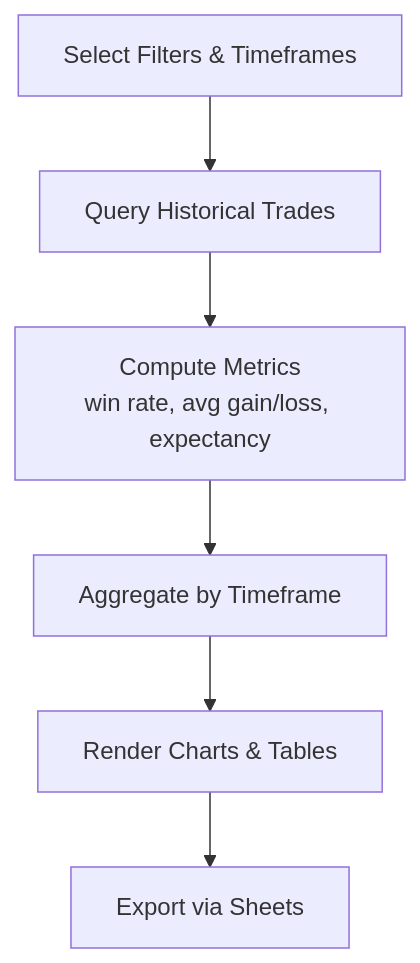
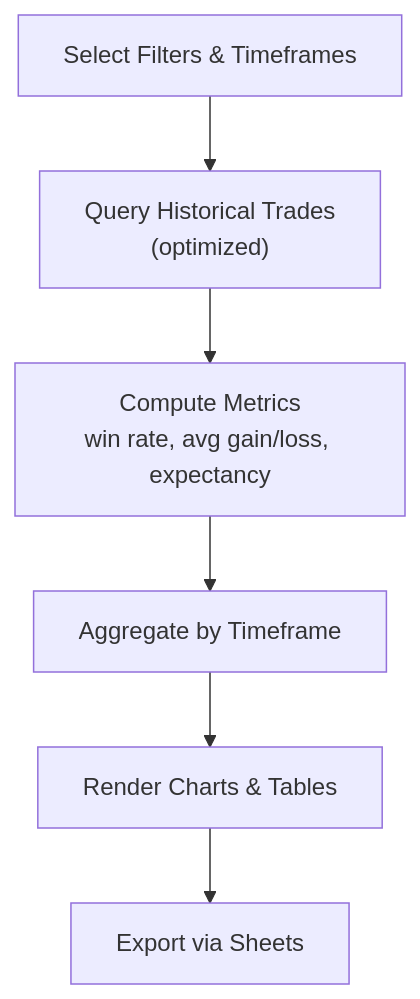
The tenth of 12 diagrams in .qoder/repowiki/en/content/Core Features/Positions Tracking/Positions Tracking.md (iliyas77/MTF-monitor), drawn with Mermaid before and after one commit. The commit also changed other lines of this file and 46 other files, not shown here.

````diff
--- a/.qoder/repowiki/en/content/Core Features/Positions Tracking/Positions Tracking.md
+++ b/.qoder/repowiki/en/content/Core Features/Positions Tracking/Positions Tracking.md
@@ -439,8 +510,8 @@
 ```mermaid
 flowchart TD
-Select["Select Filters & Timeframes"] --> Query["Query Historical Trades"]
+Select["Select Filters & Timeframes"] --> Query["Query Historical Trades<br/>(optimized)"]
 Query --> Compute["Compute Metrics<br/>win rate, avg gain/loss, expectancy"]
 Compute --> Aggregate["Aggregate by Timeframe"]
 Aggregate --> Render["Render Charts & Tables"]
 Render --> Export["Export via Sheets"]
 ```
````
